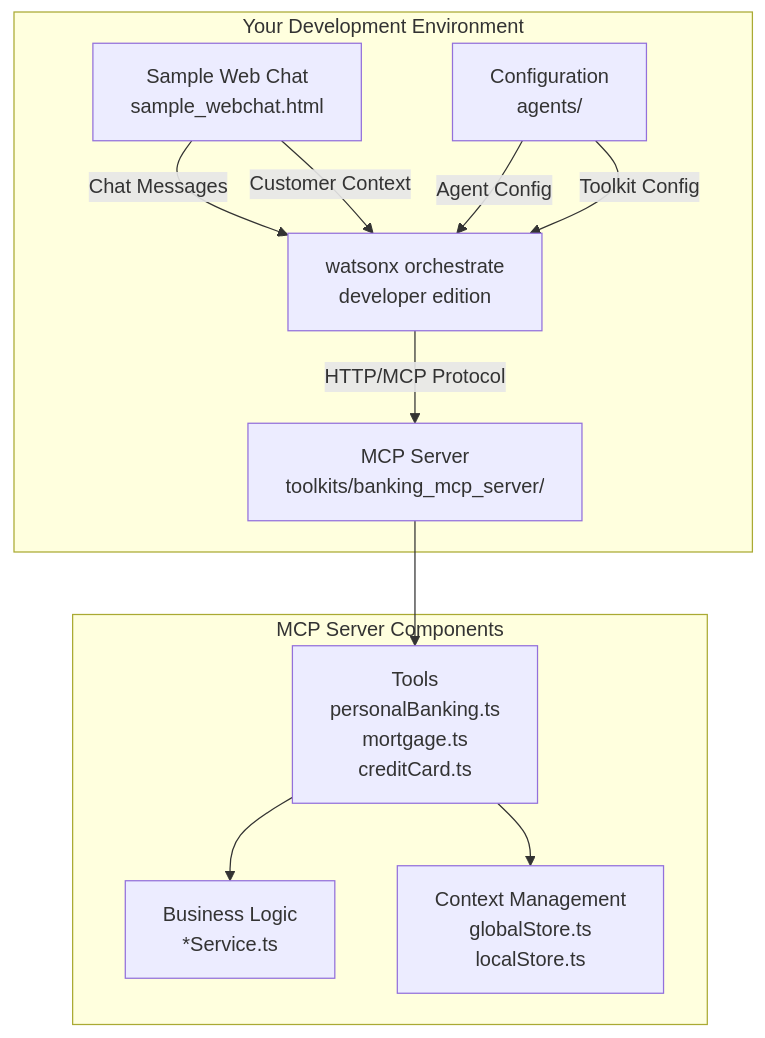
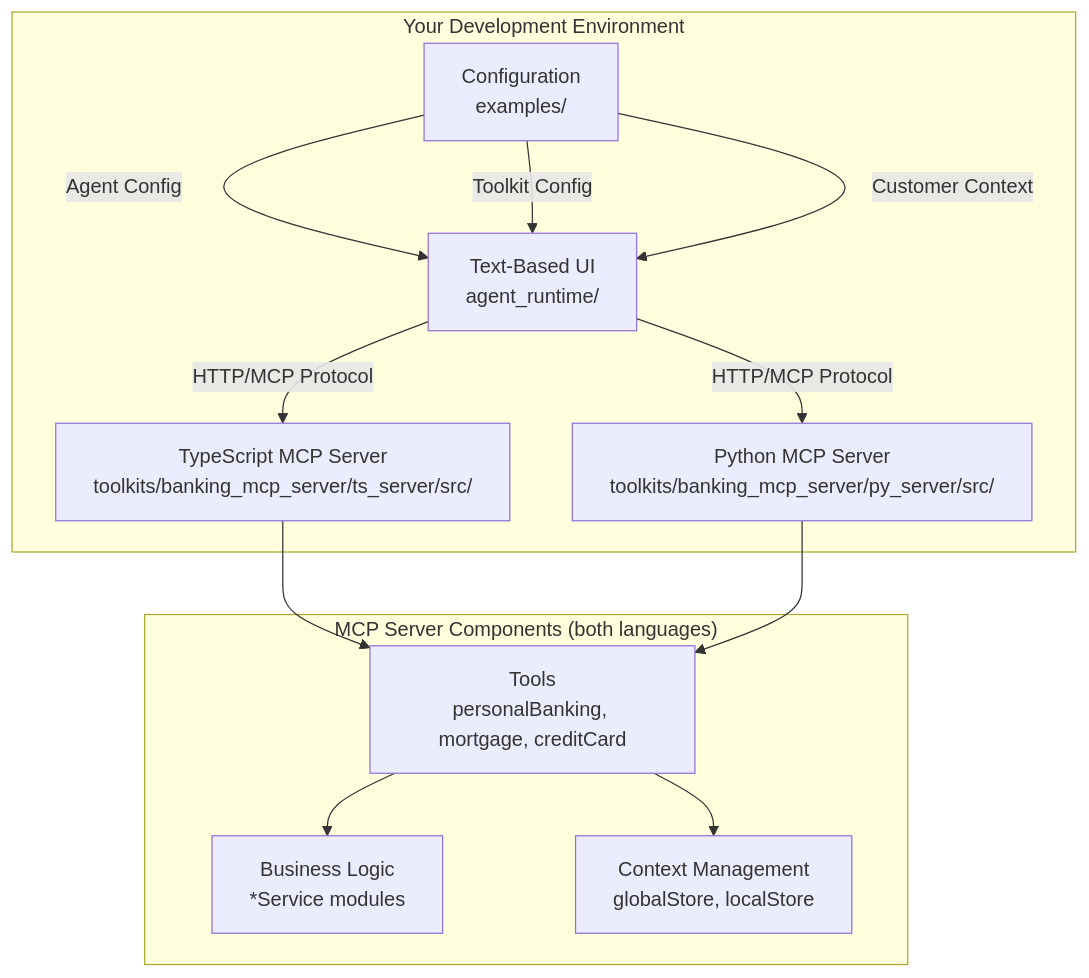
The diagram in examples/experimental/agent_builder/customer_care_style/docs/tutorials/GettingStarted.md (IBM/ibm-watsonx-orchestrate-adk), drawn with Mermaid before and after one commit. The commit also changed other lines of this file and 65 other files, not shown here.

First line of the commit message:
feat: Add python MCP server example (#2624)

````diff
--- a/examples/experimental/agent_builder/customer_care_style/docs/tutorials/GettingStarted.md
+++ b/examples/experimental/agent_builder/customer_care_style/docs/tutorials/GettingStarted.md
@@ -56,24 +57,25 @@
 ```mermaid
 graph TB
     subgraph "Your Development Environment"
-        WebChat[Sample Web Chat<br/>sample_webchat.html]
-        DevEdition[watsonx orchestrate<br/>developer edition]
-        MCP[MCP Server<br/>toolkits/banking_mcp_server/]
-        Config[Configuration<br/>agents/]
+        TUI[Text-Based UI<br/>agent_runtime/]
+        MCP_TS[TypeScript MCP Server<br/>toolkits/banking_mcp_server/ts_server/src/]
+        MCP_PY[Python MCP Server<br/>toolkits/banking_mcp_server/py_server/src/]
+        Config[Configuration<br/>examples/]
     end
-    
-    subgraph "MCP Server Components"
-        Tools[Tools<br/>personalBanking.ts<br/>mortgage.ts<br/>creditCard.ts]
-        Services[Business Logic<br/>*Service.ts]
-        Context[Context Management<br/>globalStore.ts<br/>localStore.ts]
+
+    subgraph "MCP Server Components (both languages)"
+        Tools[Tools<br/>personalBanking, mortgage, creditCard]
+        Services[Business Logic<br/>*Service modules]
+        Context[Context Management<br/>globalStore, localStore]
     end
-    
-    WebChat -->|Chat Messages| DevEdition
-    DevEdition -->|HTTP/MCP Protocol| MCP
-    Config -->|Agent Config| DevEdition
-    Config -->|Toolkit Config| DevEdition
-    WebChat -->|Customer Context| DevEdition
-    MCP --> Tools
+
+    TUI -->|HTTP/MCP Protocol| MCP_TS
+    TUI -->|HTTP/MCP Protocol| MCP_PY
+    Config -->|Agent Config| TUI
+    Config -->|Toolkit Config| TUI
+    Config -->|Customer Context| TUI
+    MCP_TS --> Tools
+    MCP_PY --> Tools
     Tools --> Services
     Tools --> Context
 ```
````
